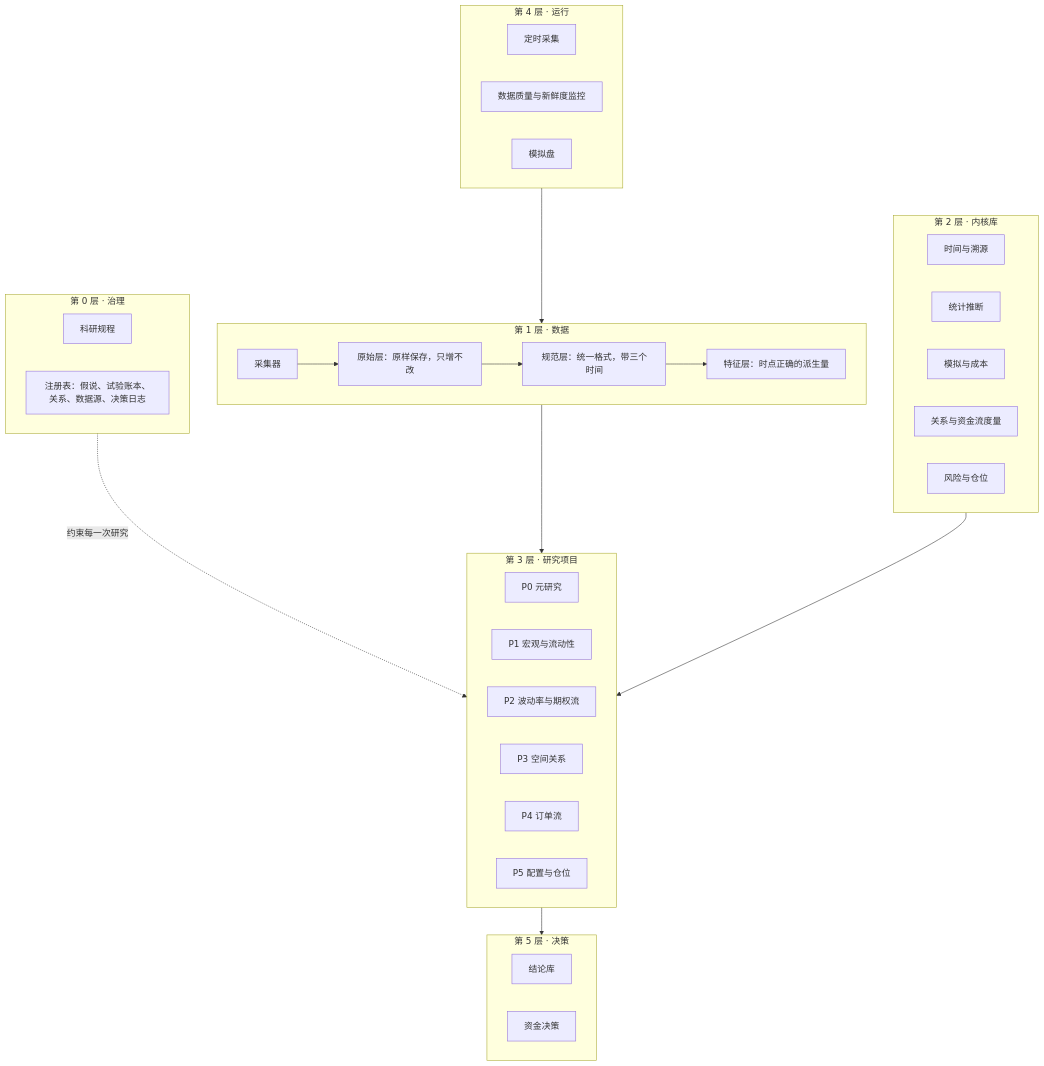
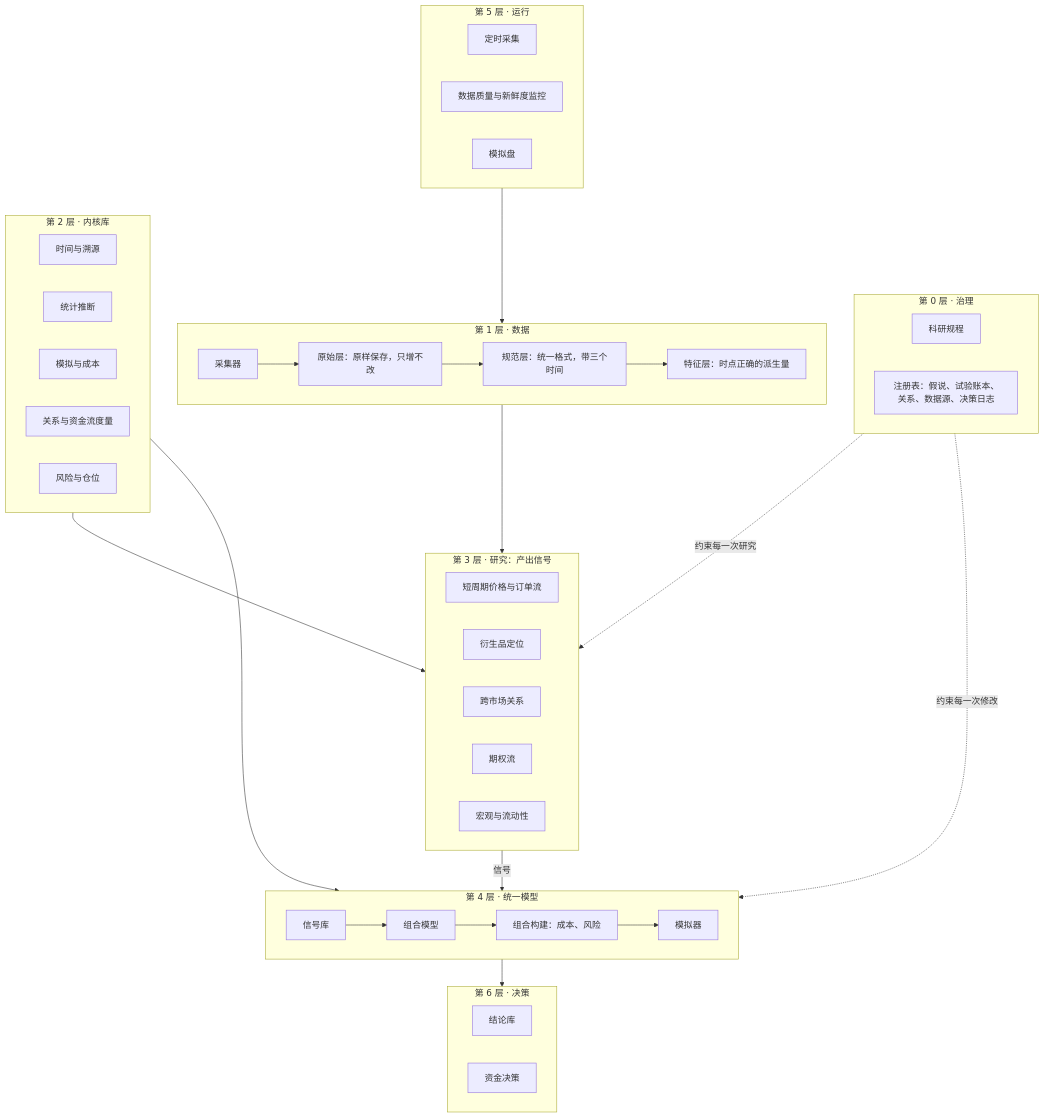
The first of 2 diagrams in docs/architecture.md (zhihong1357/finance-research), drawn with Mermaid before and after one commit. The commit also changed other lines of this file and 16 other files, not shown here.

````diff
--- a/docs/architecture.md
+++ b/docs/architecture.md
@@ -7,41 +7,48 @@
 ```mermaid
 flowchart TB
   subgraph L0["第 0 层 · 治理"]
     G1["科研规程"]
     G2["注册表：假说、试验账本、关系、数据源、决策日志"]
   end
   subgraph L1["第 1 层 · 数据"]
     D1["采集器"] --> D2["原始层：原样保存，只增不改"]
     D2 --> D3["规范层：统一格式，带三个时间"]
     D3 --> D4["特征层：时点正确的派生量"]
   end
   subgraph L2["第 2 层 · 内核库"]
     K1["时间与溯源"]
     K2["统计推断"]
     K3["模拟与成本"]
     K4["关系与资金流度量"]
     K5["风险与仓位"]
   end
-  subgraph L3["第 3 层 · 研究项目"]
-    P0["P0 元研究"]
-    P1["P1 宏观与流动性"]
-    P2["P2 波动率与期权流"]
-    P3["P3 空间关系"]
-    P4["P4 订单流"]
-    P5["P5 配置与仓位"]
+  subgraph L3["第 3 层 · 研究：产出信号"]
+    P1["短周期价格与订单流"]
+    P2["衍生品定位"]
+    P3["跨市场关系"]
+    P4["期权流"]
+    P5["宏观与流动性"]
   end
-  subgraph L4["第 4 层 · 运行"]
+  subgraph L4["第 4 层 · 统一模型"]
+    M1["信号库"] --> M2["组合模型"]
+    M2 --> M3["组合构建：成本、风险"]
+    M3 --> M4["模拟器"]
+  end
+  subgraph L5["第 5 层 · 运行"]
     O1["定时采集"]
     O2["数据质量与新鲜度监控"]
     O3["模拟盘"]
   end
-  subgraph L5["第 5 层 · 决策"]
+  subgraph L6["第 6 层 · 决策"]
     C1["结论库"]
     C2["资金决策"]
   end
   L0 -.->|约束每一次研究| L3
-  L4 --> L1
+  L0 -.->|约束每一次修改| L4
+  L5 --> L1
   L1 --> L3
   L2 --> L3
-  L3 --> L5
+  L2 --> L4
+  L3 -->|信号| L4
+  L4 --> L6
 ```
````
